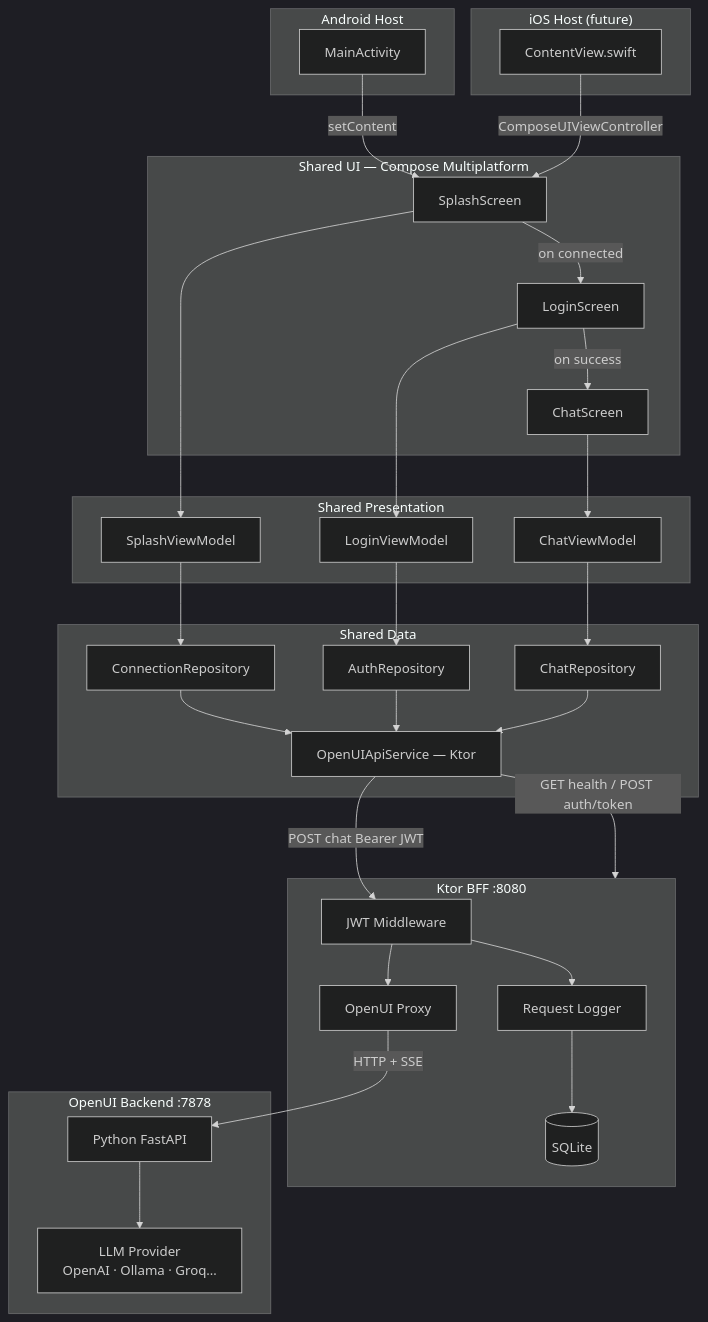
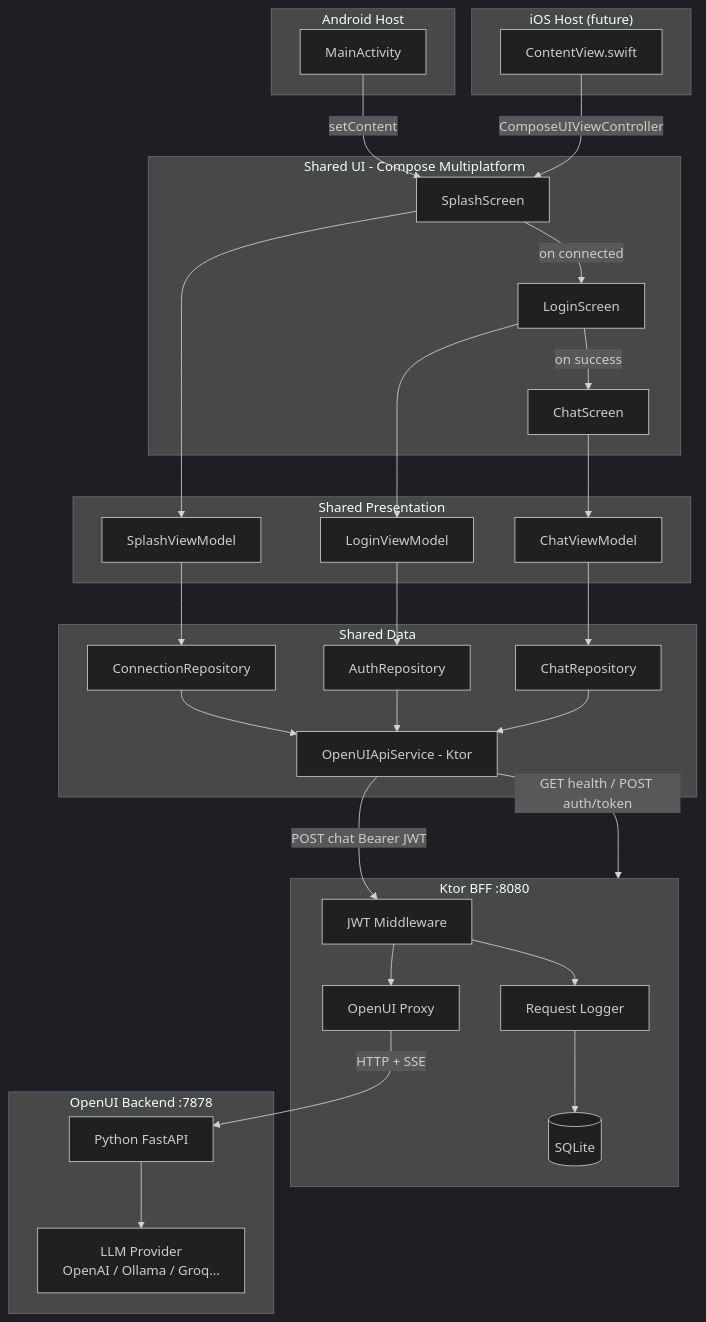
The first of 4 diagrams in README.md (dgurnick/openui-explore), drawn with Mermaid before and after one commit. The commit also changed other lines of this file and 21 other files, not shown here.

````diff
--- a/README.md
+++ b/README.md
@@ -110,63 +118,63 @@
 ```mermaid
 %%{init: {'theme': 'dark'}}%%
 graph TD
     subgraph Android["Android Host"]
         AM[MainActivity]
     end
 
     subgraph iOS["iOS Host (future)"]
         IM[ContentView.swift]
     end
 
-    subgraph KMP_UI["Shared UI — Compose Multiplatform"]
+    subgraph KMP_UI["Shared UI - Compose Multiplatform"]
         SP[SplashScreen]
         LG[LoginScreen]
         CH[ChatScreen]
     end
 
     subgraph KMP_VM["Shared Presentation"]
         SVM[SplashViewModel]
         LVM[LoginViewModel]
         CVM[ChatViewModel]
     end
 
     subgraph KMP_Data["Shared Data"]
         CR[ConnectionRepository]
         AR[AuthRepository]
         CHR[ChatRepository]
-        API[OpenUIApiService — Ktor]
+        API[OpenUIApiService - Ktor]
     end
 
     subgraph BFF["Ktor BFF :8080"]
         JWTM[JWT Middleware]
         PROXY[OpenUI Proxy]
         DB[(SQLite)]
         REQLOG[Request Logger]
     end
 
     subgraph Backend["OpenUI Backend :7878"]
         PY[Python FastAPI]
-        LLM[LLM Provider\nOpenAI · Ollama · Groq…]
+        LLM[LLM Provider\nOpenAI  /  Ollama  /  Groq...]
     end
 
     AM -->|setContent| SP
     IM -->|ComposeUIViewController| SP
     SP --> SVM
     SP -- "on connected" --> LG
     LG --> LVM
     LG -- "on success" --> CH
     CH --> CVM
     SVM --> CR
     LVM --> AR
     CVM --> CHR
     CR --> API
     AR --> API
     CHR --> API
     API -->|GET health / POST auth/token| BFF
     API -->|POST chat Bearer JWT| JWTM
     JWTM --> PROXY
     JWTM --> REQLOG
     REQLOG --> DB
     PROXY -->|HTTP + SSE| PY
     PY --> LLM
 ```
````
